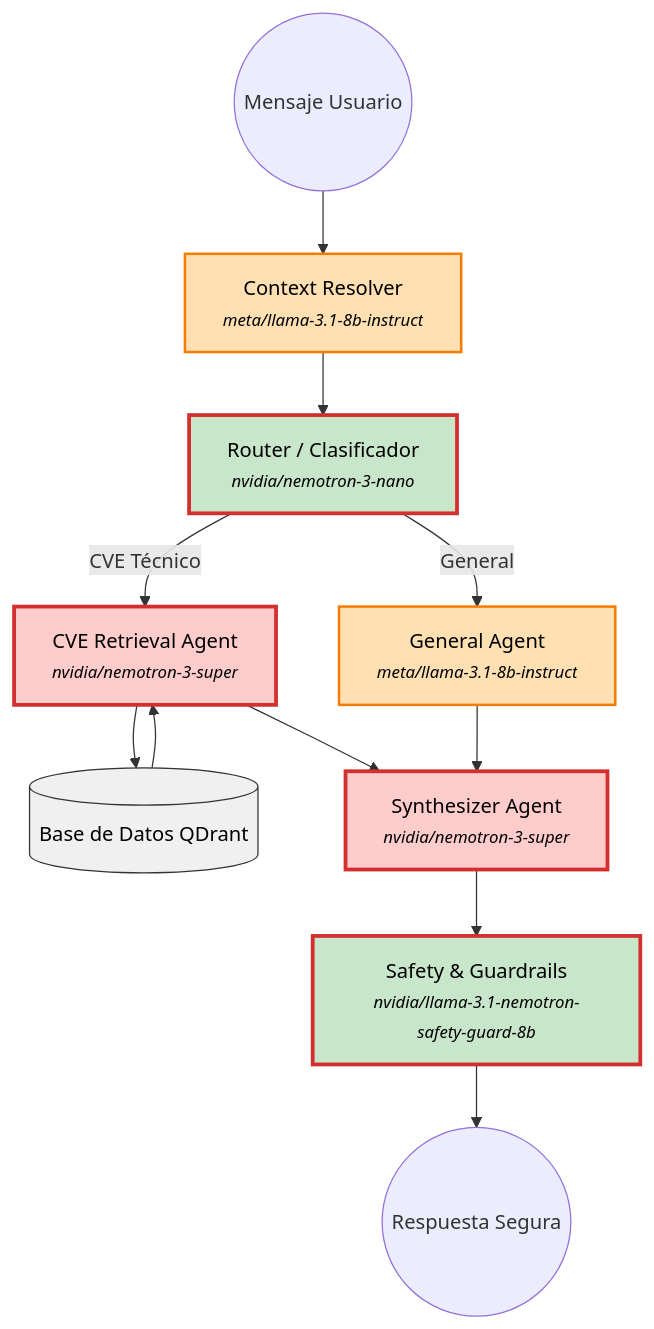
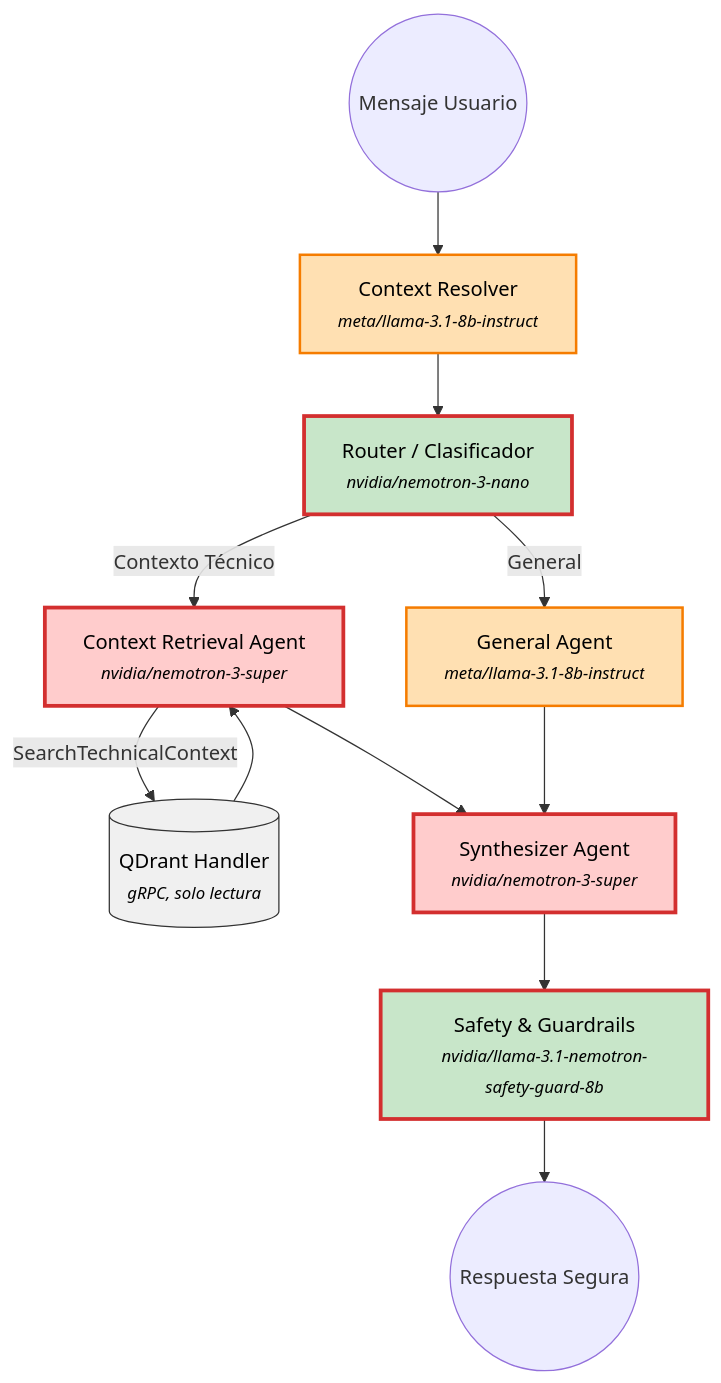
Before and after one commit to pgonzs08/CyberGuard: the second of 2 diagrams in README.md, drawn with Mermaid. The commit also changed other lines of this file and 15 other files, not shown here.

````diff
--- a/README.md
+++ b/README.md
@@ -414,28 +422,28 @@
 ```mermaid
 flowchart TB
     Start(("Mensaje Usuario")) --> CR["Context Resolver<br><small><i>meta/llama-3.1-8b-instruct</i></small>"]
     CR --> Router["Router / Clasificador<br><small><i>nvidia/nemotron-3-nano</i></small>"]
     
-    Router -->|CVE Técnico| CVE["CVE Retrieval Agent<br><small><i>nvidia/nemotron-3-super</i></small>"]
+    Router -->|Contexto Técnico| TechnicalContext["Context Retrieval Agent<br><small><i>nvidia/nemotron-3-super</i></small>"]
     Router -->|General| Gen["General Agent<br><small><i>meta/llama-3.1-8b-instruct</i></small>"]
     
-    CVE --> Q[("Base de Datos QDrant")]
-    Q --> CVE
+    TechnicalContext -->|SearchTechnicalContext| Q[("QDrant Handler<br><small><i>gRPC, solo lectura</i></small>")]
+    Q --> TechnicalContext
     
-    CVE --> Synth["Synthesizer Agent<br><small><i>nvidia/nemotron-3-super</i></small>"]
+    TechnicalContext --> Synth["Synthesizer Agent<br><small><i>nvidia/nemotron-3-super</i></small>"]
     Gen --> Synth
     
     Synth --> Guard["Safety & Guardrails<br><small><i>nvidia/llama-3.1-nemotron-safety-guard-8b</i></small>"]
     Guard --> End(("Respuesta Segura"))
 
     %% Leyenda de colores: 
     %% Fondo (Tokens): Rojo = Alto, Ámbar = Medio, Verde = Bajo
     %% Borde (Criticidad): Rojo grueso = Alto, Ámbar = Medio, Verde = Bajo
     style CR fill:#ffe0b2,stroke:#f57c00,stroke-width:2px,color:#000
     style Router fill:#c8e6c9,stroke:#d32f2f,stroke-width:3px,color:#000
-    style CVE fill:#ffcccc,stroke:#d32f2f,stroke-width:3px,color:#000
+    style TechnicalContext fill:#ffcccc,stroke:#d32f2f,stroke-width:3px,color:#000
     style Gen fill:#ffe0b2,stroke:#f57c00,stroke-width:2px,color:#000
     style Q fill:#f0f0f0,stroke:#333,stroke-width:1px,color:#000
     style Synth fill:#ffcccc,stroke:#d32f2f,stroke-width:3px,color:#000
     style Guard fill:#c8e6c9,stroke:#d32f2f,stroke-width:3px,color:#000
 ```
````
